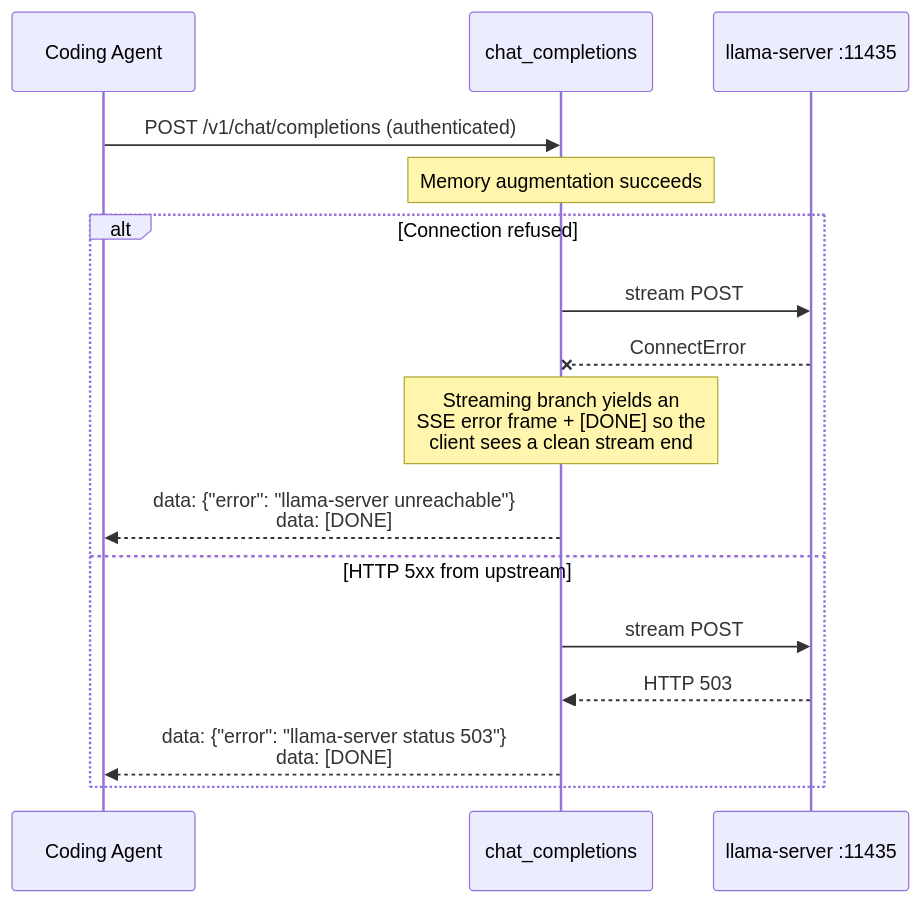
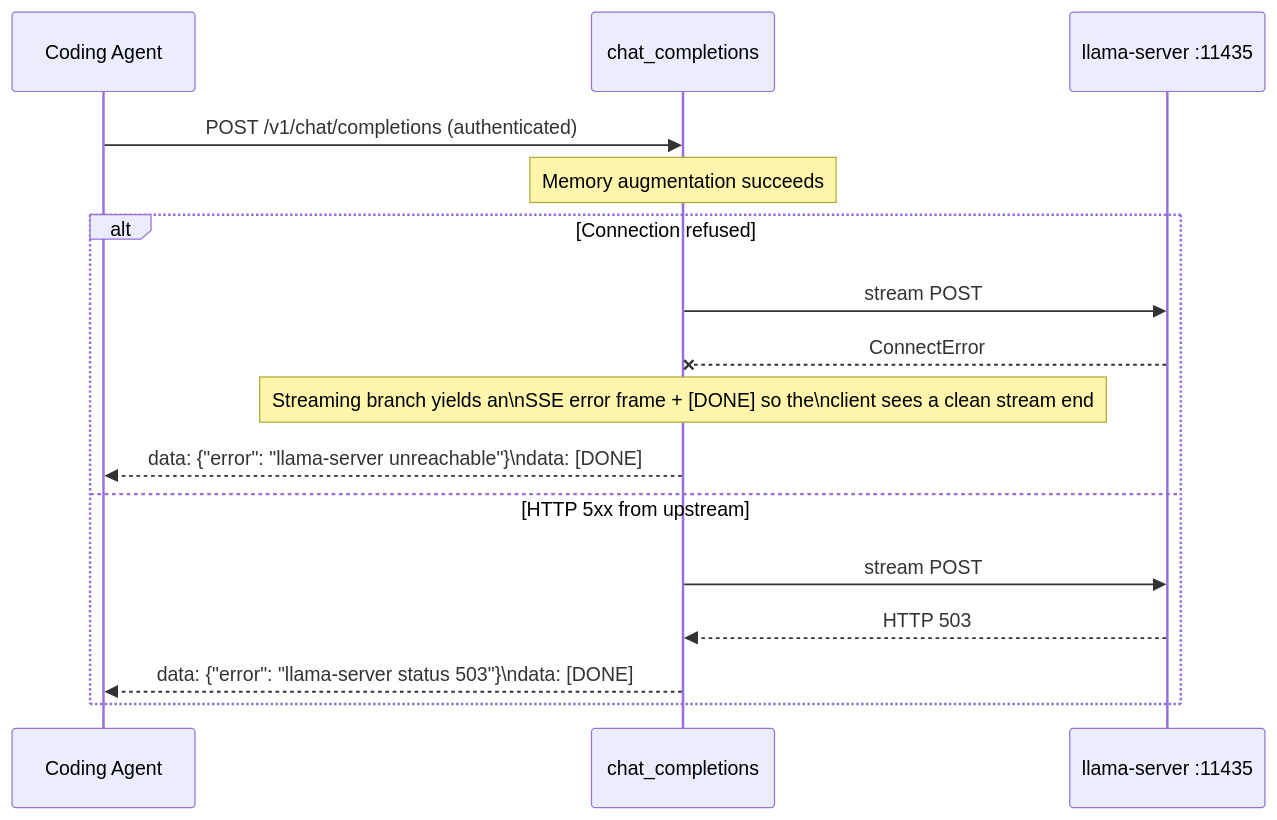
The fourth of 4 diagrams in docs/architecture/sequence-chat-completions.md (lfdesousa/AuditTrace-AI), drawn with Mermaid before and after one commit. The commit also changed other lines of this file and 4 other files, not shown here.

First line of the commit message:
fix(docs): replace HTML br tags with Mermaid newlines in sequence diagrams

````diff
--- a/docs/architecture/sequence-chat-completions.md
+++ b/docs/architecture/sequence-chat-completions.md
@@ -163,21 +163,21 @@
 ```mermaid
 sequenceDiagram
     participant Agent as Coding Agent
     participant Chat as chat_completions
     participant LLM as llama-server :11435
 
     Agent->>Chat: POST /v1/chat/completions (authenticated)
 
     Note over Chat: Memory augmentation succeeds
 
     alt Connection refused
         Chat->>LLM: stream POST
         LLM--xChat: ConnectError
-        Note over Chat: Streaming branch yields an<br/>SSE error frame + [DONE] so the<br/>client sees a clean stream end
-        Chat-->>Agent: data: {"error": "llama-server unreachable"}<br/>data: [DONE]
+        Note over Chat: Streaming branch yields an\nSSE error frame + [DONE] so the\nclient sees a clean stream end
+        Chat-->>Agent: data: {"error": "llama-server unreachable"}\ndata: [DONE]
     else HTTP 5xx from upstream
         Chat->>LLM: stream POST
         LLM-->>Chat: HTTP 503
-        Chat-->>Agent: data: {"error": "llama-server status 503"}<br/>data: [DONE]
+        Chat-->>Agent: data: {"error": "llama-server status 503"}\ndata: [DONE]
     end
 ```
````
